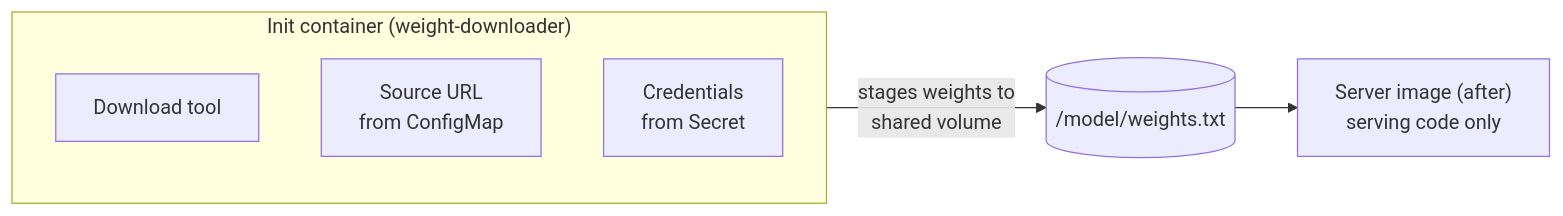
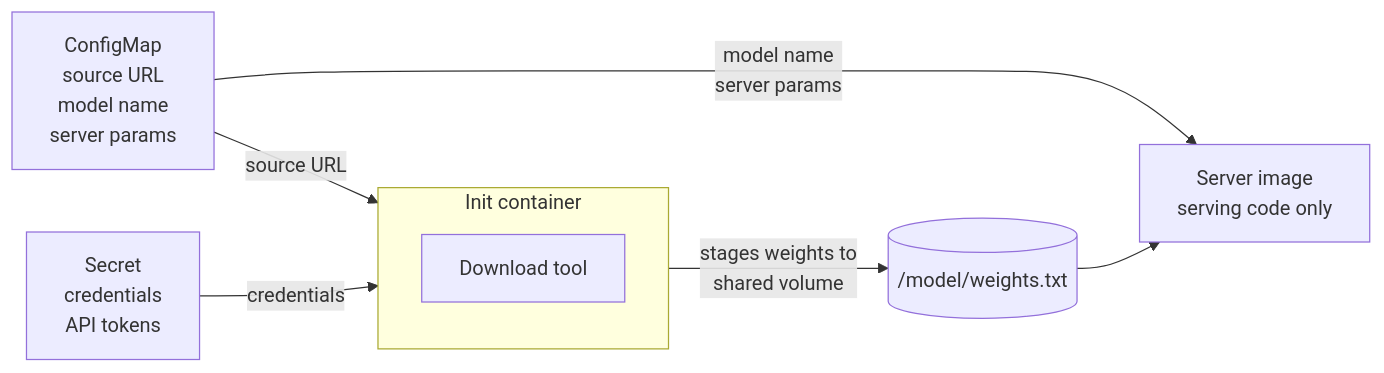
The second of 2 diagrams in pains/06-server-image-coupling.md (arun-gupta/the-pain-first-way), drawn with Mermaid before and after one commit.

Commit message:
docs(pain-6): redraw after diagram to show ConfigMap and Secret as external cluster objects
ConfigMap and Secret are now independent nodes feeding into the init
container and server container separately, not labels inside the init
container subgraph. ConfigMap feeds model config directly to the server;
Secret feeds credentials to the init container only.

````diff
--- a/pains/06-server-image-coupling.md
+++ b/pains/06-server-image-coupling.md
@@ -39,11 +39,15 @@
 ```mermaid
 flowchart LR
-    subgraph Init["Init container (weight-downloader)"]
-        direction TB
+    CM[ConfigMap<br/>source URL<br/>model name<br/>server params]
+    SEC[Secret<br/>credentials<br/>API tokens]
+
+    subgraph Init["Init container"]
         I1[Download tool]
-        I2[Source URL<br/>from ConfigMap]
-        I3[Credentials<br/>from Secret]
     end
+
+    CM -->|source URL| Init
+    SEC -->|credentials| Init
     Init -->|stages weights to<br/>shared volume| Vol[(/model/weights.txt)]
-    Vol --> Server["Server image (after)<br/>serving code only"]
+    Vol --> Server["Server image<br/>serving code only"]
+    CM -->|model name<br/>server params| Server
 ```
````
